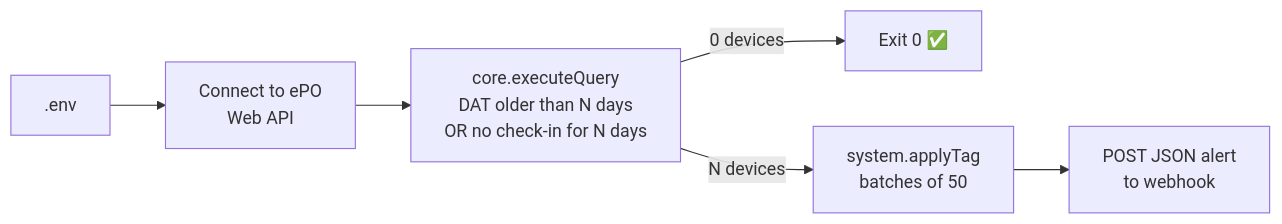
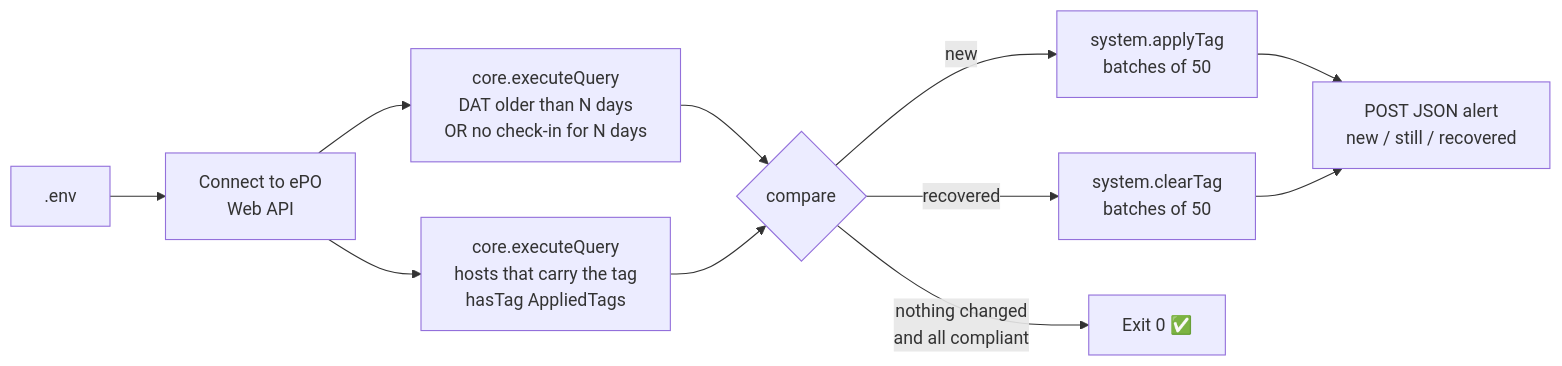
Before and after one commit to Murat-UGUR/compliance-hunter: the diagram in README.md, drawn with Mermaid. The commit also changed other lines of this file and 5 other files, not shown here.

First line of the commit message:
Clear the tag from recovered hosts; report new / still / recovered

````diff
--- a/README.md
+++ b/README.md
@@ -21,8 +23,13 @@
 ```mermaid
 flowchart LR
     A[.env] --> B[Connect to ePO<br/>Web API]
     B --> C[core.executeQuery<br/>DAT older than N days<br/>OR no check-in for N days]
-    C -->|0 devices| D[Exit 0 ✅]
-    C -->|N devices| E[system.applyTag<br/>batches of 50]
-    E --> F[POST JSON alert<br/>to webhook]
+    B --> T[core.executeQuery<br/>hosts that carry the tag<br/>hasTag AppliedTags]
+    C --> K{compare}
+    T --> K
+    K -->|new| E[system.applyTag<br/>batches of 50]
+    K -->|recovered| R[system.clearTag<br/>batches of 50]
+    K -->|nothing changed<br/>and all compliant| D[Exit 0 ✅]
+    E --> F[POST JSON alert<br/>new / still / recovered]
+    R --> F
 ```
````
